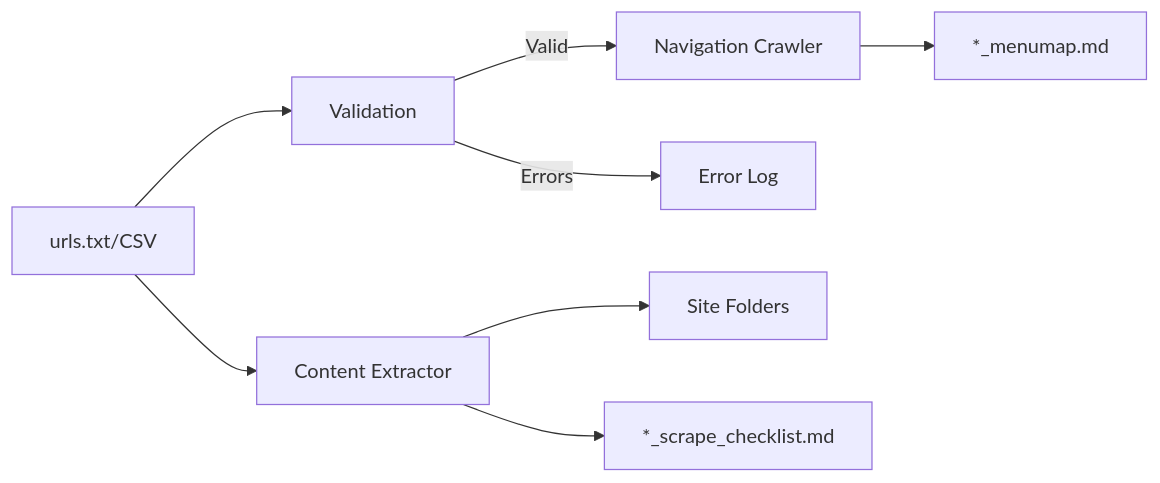
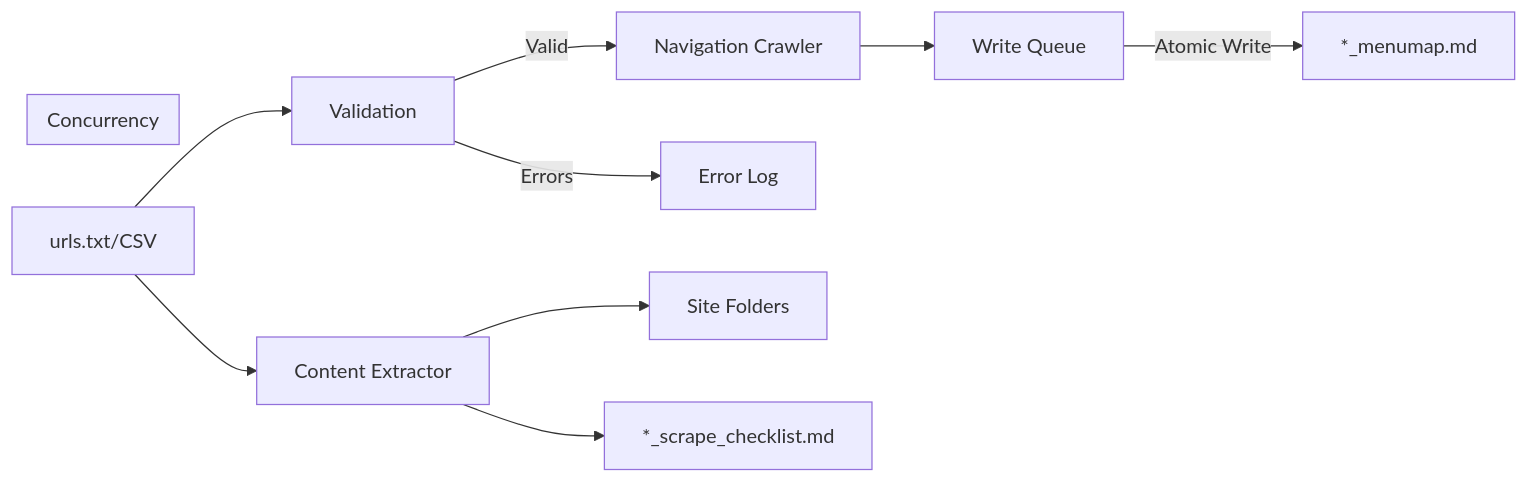
The diagram in dev_docs/codebase_summary.md (rahulpdev/ScrapeDevDocs), drawn with Mermaid before and after one commit. The commit also changed other lines of this file and 3 other files, not shown here.

````diff
--- a/dev_docs/codebase_summary.md
+++ b/dev_docs/codebase_summary.md
@@ -40,10 +47,14 @@
 ```mermaid
 flowchart LR
     A[urls.txt/CSV] --> B[Validation]
     B -->|Valid| C[Navigation Crawler]
     B -->|Errors| D[Error Log]
-    C --> E[*_menumap.md]
-    A --> F[Content Extractor]
-    F --> G[Site Folders]
-    F --> H[*_scrape_checklist.md]
+    C --> E[Write Queue]
+    E -->|Atomic Write| F[*_menumap.md]
+    A --> G[Content Extractor]
+    G --> H[Site Folders]
+    G --> I[*_scrape_checklist.md]
+
+    subgraph Concurrency
+    end
 ```
````
